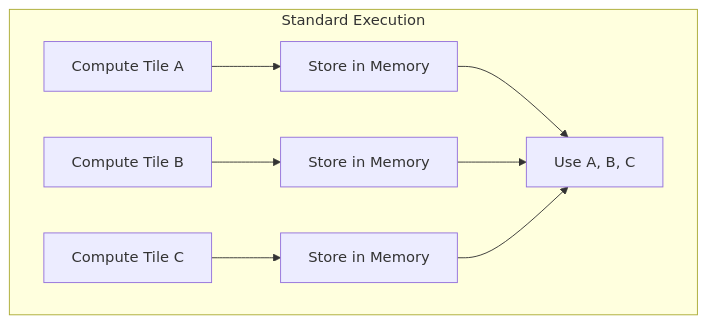
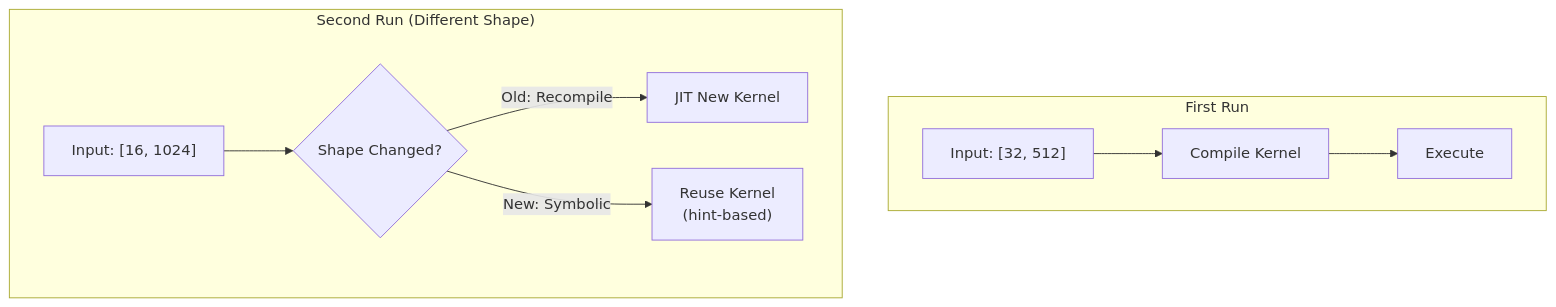
The fourth of 10 diagrams in dynamic-shapes.md (srikantharun/srikantharun.github.io), drawn with Mermaid before and after one commit. The commit also changed other lines of this file, not shown here.

````diff
--- a/dynamic-shapes.md
+++ b/dynamic-shapes.md
@@ -192,11 +152,13 @@
 ```mermaid
 flowchart TD
-    subgraph "Standard Execution"
-        A["Compute Tile A"] --> MA["Store in Memory"]
-        B["Compute Tile B"] --> MB["Store in Memory"]
-        C["Compute Tile C"] --> MC["Store in Memory"]
-        MA --> D["Use A, B, C"]
-        MB --> D
-        MC --> D
+    subgraph "First Run"
+        A["Input: [32, 512]"] --> B["Compile Kernel"]
+        B --> C["Execute"]
+    end
+
+    subgraph "Second Run (Different Shape)"
+        D["Input: [16, 1024]"] --> E{"Shape Changed?"}
+        E -->|"Old: Recompile"| F["JIT New Kernel"]
+        E -->|"New: Symbolic"| G["Reuse Kernel<br/>(hint-based)"]
     end
 ```
````
